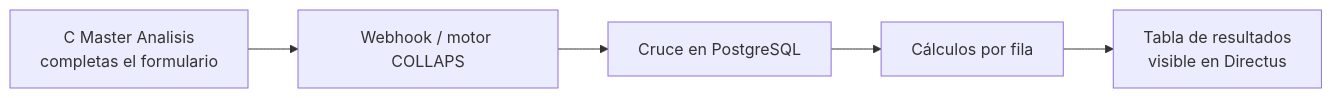
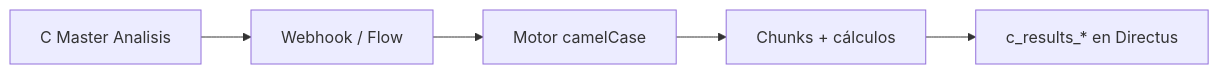
One commit to jgutierrez-kubic/collaps-docs changed the diagram in guias-practicas/directus-end-to-end.md. Above: the diagram before and after it, drawn with Mermaid. The commit also changed other lines of this file and 12 other files, not shown here.

Commit message:
docs: actualizacion masiva para reflejar Refactor Core (camelCase, chunking, columnas indexadas y WorkTables)

````diff
--- a/guias-practicas/directus-end-to-end.md
+++ b/guias-practicas/directus-end-to-end.md
@@ -15,7 +15,7 @@
 ```mermaid
 flowchart LR
-  A[C Master Analisis<br/>completas el formulario] --> B[Webhook / motor COLLAPS]
-  B --> C[Cruce en PostgreSQL]
-  C --> D[Cálculos por fila]
-  D --> E[Tabla de resultados<br/>visible en Directus]
+  A[C Master Analisis] --> B[Webhook / Flow]
+  B --> C[Motor camelCase]
+  C --> D[Chunks + cálculos]
+  D --> E[c_results_* en Directus]
 ```
````
